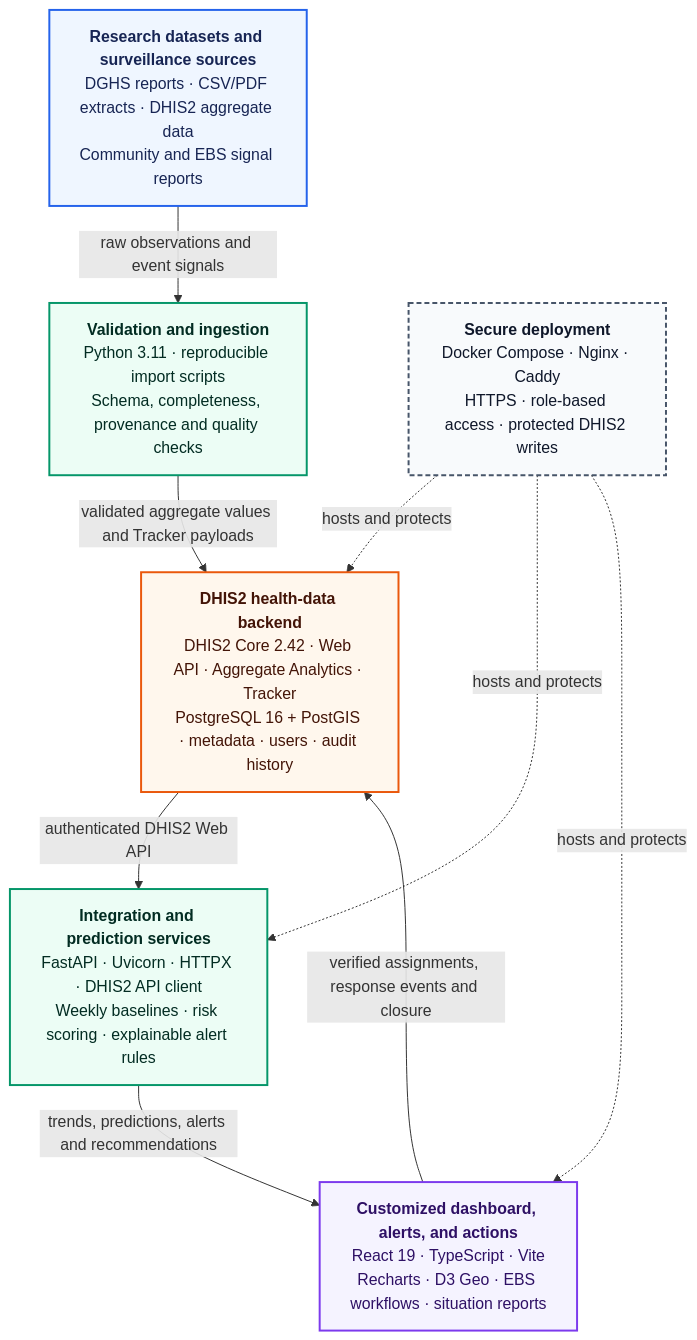
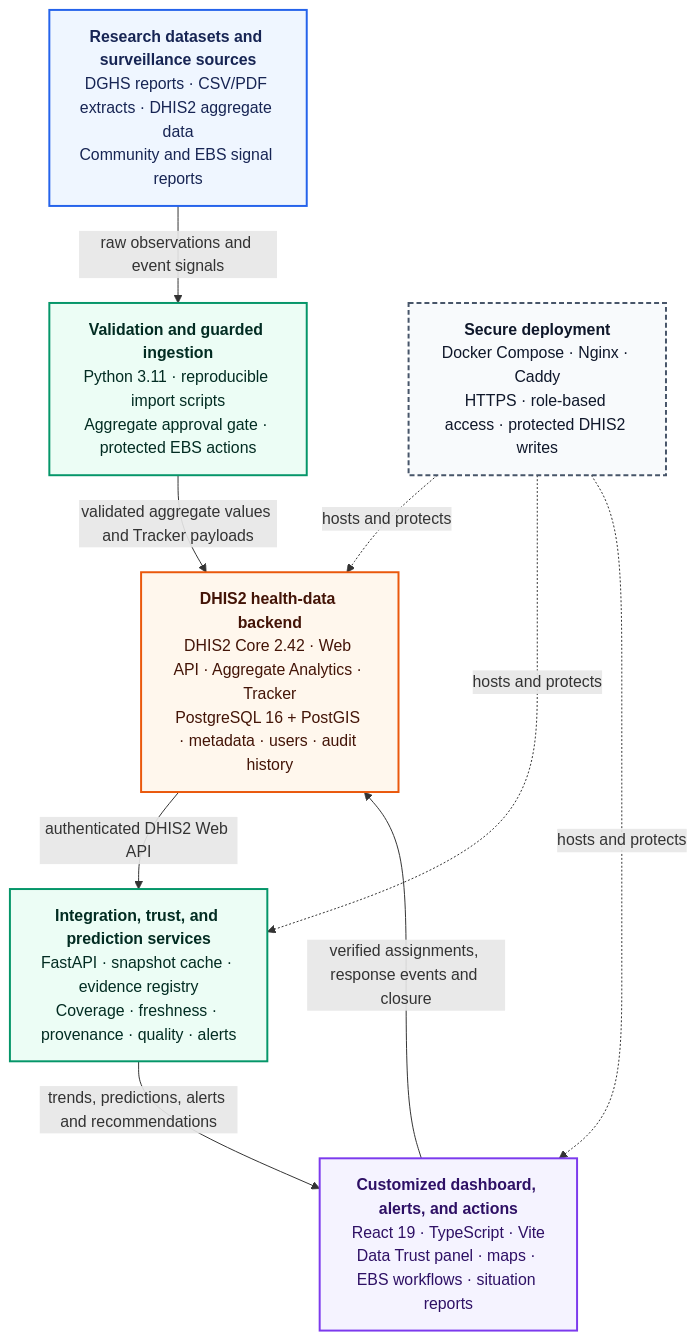
The diagram in README.md (khalilurrrahmanridoykhan/onehealth-platform), drawn with Mermaid before and after one commit. The commit also changed other lines of this file and 39 other files, not shown here.

First line of the commit message:
Add Data Trust layer, ingestion approval gate, and snapshot cache

````diff
--- a/README.md
+++ b/README.md
@@ -22,30 +22,30 @@
 ```mermaid
 flowchart TD
     A["<b>Research datasets and surveillance sources</b><br/>DGHS reports · CSV/PDF extracts · DHIS2 aggregate data<br/>Community and EBS signal reports"]
-    B["<b>Validation and ingestion</b><br/>Python 3.11 · reproducible import scripts<br/>Schema, completeness, provenance and quality checks"]
+    B["<b>Validation and guarded ingestion</b><br/>Python 3.11 · reproducible import scripts<br/>Aggregate approval gate · protected EBS actions"]
     C["<b>DHIS2 health-data backend</b><br/>DHIS2 Core 2.42 · Web API · Aggregate Analytics · Tracker<br/>PostgreSQL 16 + PostGIS · metadata · users · audit history"]
-    D["<b>Integration and prediction services</b><br/>FastAPI · Uvicorn · HTTPX · DHIS2 API client<br/>Weekly baselines · risk scoring · explainable alert rules"]
-    E["<b>Customized dashboard, alerts, and actions</b><br/>React 19 · TypeScript · Vite<br/>Recharts · D3 Geo · EBS workflows · situation reports"]
+    D["<b>Integration, trust, and prediction services</b><br/>FastAPI · snapshot cache · evidence registry<br/>Coverage · freshness · provenance · quality · alerts"]
+    E["<b>Customized dashboard, alerts, and actions</b><br/>React 19 · TypeScript · Vite<br/>Data Trust panel · maps · EBS workflows · situation reports"]
     F["<b>Secure deployment</b><br/>Docker Compose · Nginx · Caddy<br/>HTTPS · role-based access · protected DHIS2 writes"]
 
     A -->|raw observations and event signals| B
     B -->|validated aggregate values and Tracker payloads| C
     C -->|authenticated DHIS2 Web API| D
     D -->|trends, predictions, alerts and recommendations| E
     E -->|verified assignments, response events and closure| C
     F -. hosts and protects .-> C
     F -. hosts and protects .-> D
     F -. hosts and protects .-> E
 
     classDef source fill:#eff6ff,stroke:#2563eb,color:#172554,stroke-width:2px;
     classDef process fill:#ecfdf5,stroke:#059669,color:#022c22,stroke-width:2px;
     classDef backend fill:#fff7ed,stroke:#ea580c,color:#431407,stroke-width:2px;
     classDef delivery fill:#f5f3ff,stroke:#7c3aed,color:#2e1065,stroke-width:2px;
     classDef infrastructure fill:#f8fafc,stroke:#475569,color:#0f172a,stroke-width:2px,stroke-dasharray:5 3;
 
     class A source;
     class B,D process;
     class C backend;
     class E delivery;
     class F infrastructure;
 ```
````
